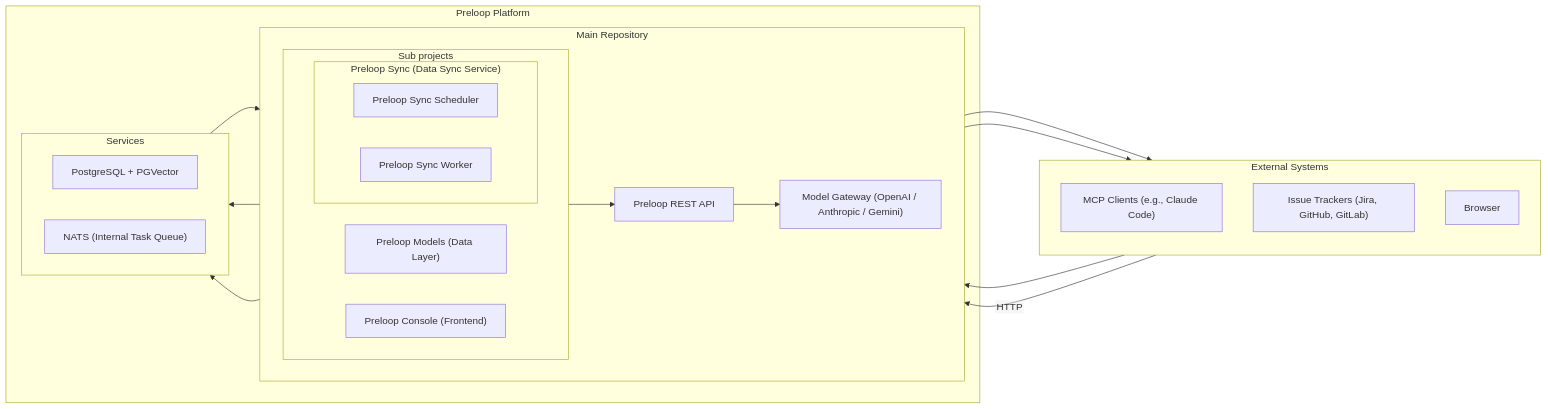
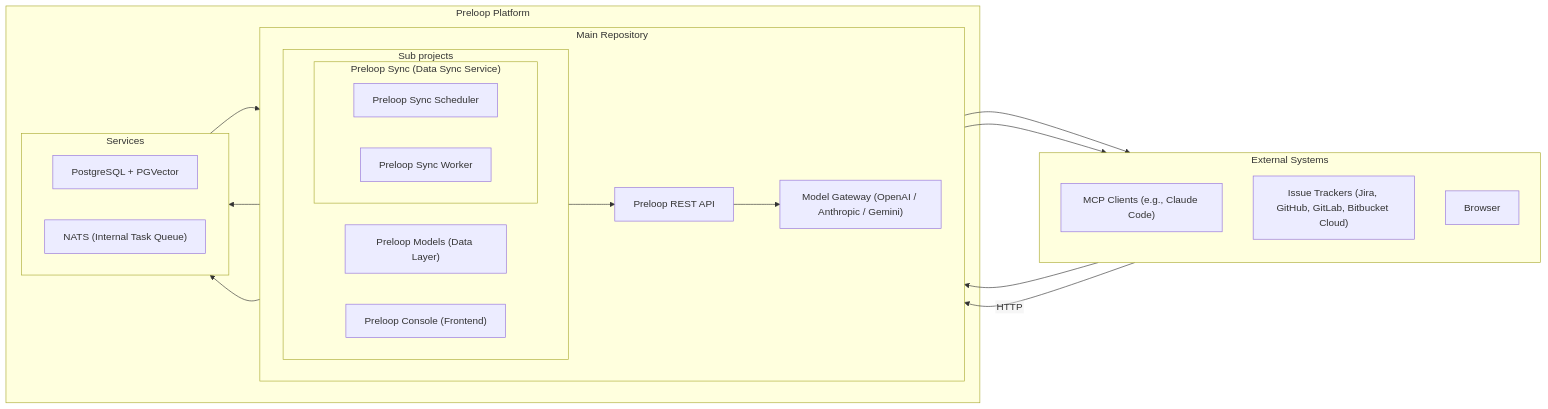
One commit to preloop/preloop changed the diagram in ARCHITECTURE.md. Above: the diagram before and after it, drawn with Mermaid. The commit also changed other lines of this file and 4 other files, not shown here.

````diff
--- a/ARCHITECTURE.md
+++ b/ARCHITECTURE.md
@@ -51,43 +51,43 @@
 ```mermaid
 %%{init: {"flowchart": { "htmlLabels": false}} }%%
 graph LR
     subgraph "External Systems"
         direction TB
         MCP_Clients["MCP Clients (e.g., Claude Code)"]
-        Issue_Trackers["Issue Trackers (Jira, GitHub, GitLab)"]
+        Issue_Trackers["Issue Trackers (Jira, GitHub, GitLab, Bitbucket Cloud)"]
         Browser["Browser"]
     end
     subgraph "Preloop Platform"
         subgraph "Main Repository"
             direction LR
             API["Preloop REST API"]
             Gateway["Model Gateway (OpenAI / Anthropic / Gemini)"]
             subgraph "Sub projects"
                 direction LR
                 preloop.models["Preloop Models (Data Layer)"]
                 subgraph "Preloop Sync (Data Sync Service)"
                     Scheduler["Preloop Sync Scheduler"]
                     Worker["Preloop Sync Worker"]
                 end
                 PreloopConsole["Preloop Console (Frontend)"]
             end
         end
         subgraph "Services"
             direction RL
             DB["PostgreSQL + PGVector"]
             NATS["NATS (Internal Task Queue)"]
         end
 
 
     end
     Browser --> PreloopConsole
     preloop.models --> DB
     API --> Gateway
     Scheduler --> NATS
     NATS --> Worker
     Worker --> Issue_Trackers
     API --> Issue_Trackers
 
     MCP_Clients -- HTTP --> API
     PreloopConsole --> API
 ```
````
